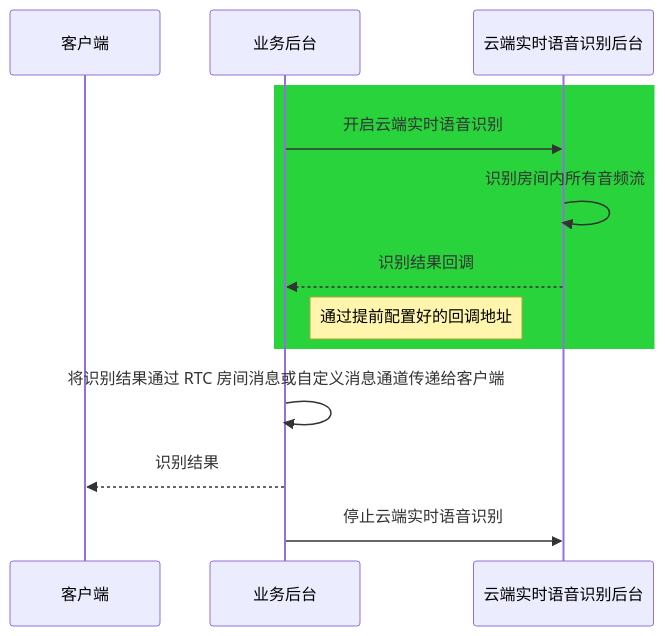
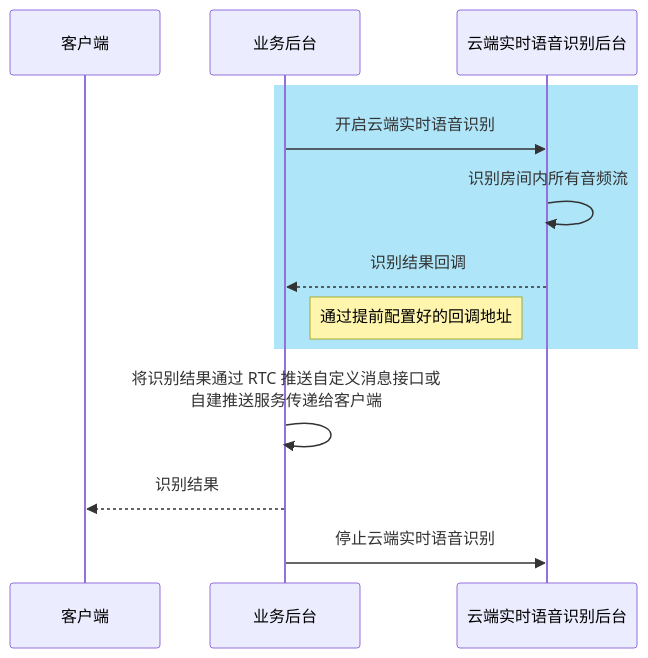
One commit to ZEGOCLOUD/docs_all changed the diagram in extended_services/cloud-realtime-asr/zh/server/quick-start.mdx. Above: the diagram before and after it, drawn with Mermaid. The commit also changed other lines of this file and 1 other file, not shown here.

````diff
--- a/extended_services/cloud-realtime-asr/zh/server/quick-start.mdx
+++ b/extended_services/cloud-realtime-asr/zh/server/quick-start.mdx
@@ -11,16 +11,16 @@
 ```mermaid
 sequenceDiagram
     participant Client as 客户端
     participant Server as 业务后台
     participant ASRServer as 云端实时语音识别后台
 
-    rect rgb(40, 211, 60)
+    rect rgb(174, 229, 248)
         Server->>ASRServer: 开启云端实时语音识别
         ASRServer->>ASRServer: 识别房间内所有音频流
         ASRServer-->>Server: 识别结果回调
         Note right of Server: 通过提前配置好的回调地址
     end
-        Server->>Server: 将识别结果通过 RTC 房间消息或自定义消息通道传递给客户端
+        Server->>Server: 将识别结果通过 RTC 推送自定义消息接口或<br/>自建推送服务传递给客户端
         Server-->>Client: 识别结果
         Server->>ASRServer: 停止云端实时语音识别
 ```
````
